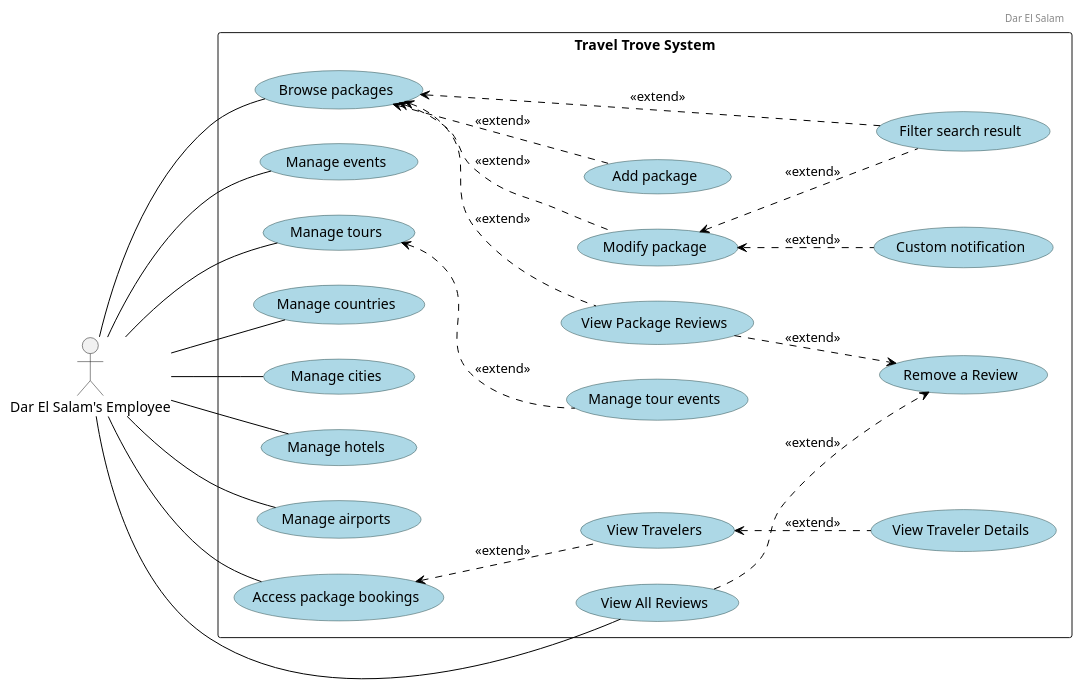
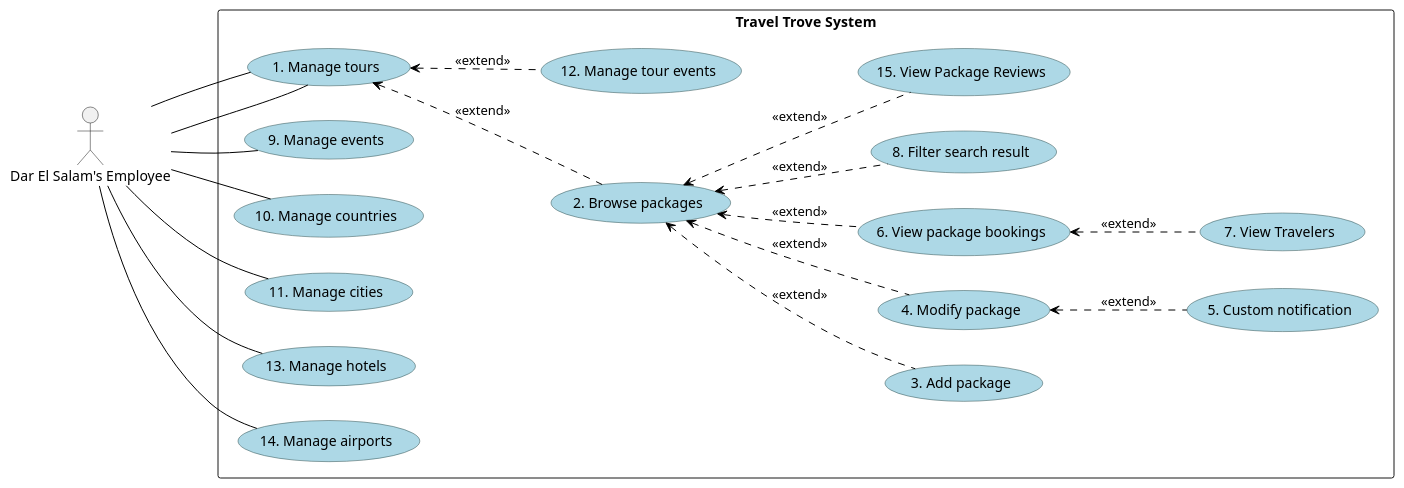
Before and after one commit to Hares-2088/TravelTrove: the diagram in diagrams/FinalVersionDocuments/UseCases/FullUseCases/Employee/FullUsecaseEmployee.puml, drawn with PlantUML. The commit also changed 2 other files, not shown here.

```diff
--- a/diagrams/FinalVersionDocuments/UseCases/FullUseCases/Employee/FullUsecaseEmployee.puml
+++ b/diagrams/FinalVersionDocuments/UseCases/FullUseCases/Employee/FullUsecaseEmployee.puml
@@ -1,71 +1,49 @@
 @startuml
 left to right direction
 
-' Add a header with left alignment
-header
-Dar El Salam
-endheader
-
-' Custom skin parameters for use cases
 skinparam usecase {
     BackgroundColor lightblue
     BorderColor DarkSlateGray
     ArrowColor Black
 }
 
 actor "Dar El Salam's Employee" as Employee
 
 rectangle "Travel Trove System" {
 
-    usecase "Browse packages"
-    usecase "Add package"
-    usecase "Modify package"
-    usecase "Filter search result"
-    usecase "Custom notification"
-    usecase "Manage events"
-    usecase "Manage tours"
-    usecase "Manage countries"
-    usecase "Manage cities"
-    usecase "Manage tour events"
-'    usecase "View Account"
-'    usecase "Edit Account"
-    usecase "Manage hotels"
-    usecase "Manage airports"
+    usecase "1. Manage tours"
+    usecase "2. Browse packages"
+    usecase "3. Add package"
+    usecase "4. Modify package"
+    usecase "5. Custom notification"
+    usecase "6. View package bookings"
+    usecase "7. View Travelers"
+    usecase "8. Filter search result"
+    usecase "9. Manage events"
+    usecase "10. Manage countries"
+    usecase "11. Manage cities"
+    usecase "12. Manage tour events"
+    usecase "13. Manage hotels"
+    usecase "14. Manage airports"
+    usecase "15. View Package Reviews"
+}
 
-    usecase "Access package bookings"
-'    usecase "Assign a Traveler to booking"
-'    usecase "Remove a Traveler from booking"
-    usecase "View Travelers"
-    usecase "View Traveler Details"
+Employee -- "1. Manage tours"
+Employee -- "9. Manage events"
+Employee -- "1. Manage tours"
+Employee -- "10. Manage countries"
+Employee -- "11. Manage cities"
+Employee -- "13. Manage hotels"
+Employee -- "14. Manage airports"
 
-    usecase "View Package Reviews"
-    usecase "View All Reviews"
-    usecase "Remove a Review"
-}
-Employee -- "Browse packages"
-Employee -- "Manage events"
-Employee -- "Manage tours"
-Employee -- "Manage countries"
-Employee -- "Manage cities"
-'Employee -- "View Account"
-Employee -- "Manage hotels"
-Employee -- "Manage airports"
-Employee -- "Access package bookings"
-Employee -- "View All Reviews"
-
-"Browse packages" <.. "Filter search result" : <<extend>>
-"Browse packages" <.. "Add package" : <<extend>>
-"Browse packages" <.. "Modify package" : <<extend>>
-"Browse packages" <.. "View Package Reviews" : <<extend>>
-"Modify package" <.. "Custom notification" : <<extend>>
-"Modify package" <.. "Filter search result" : <<extend>>
-"Manage tours" <.. "Manage tour events" : <<extend>>
-'"View Account" <.. "Edit Account" : <<extend>>
-'"Access package bookings" <.. "Assign a Traveler to booking" : <<extend>>
-'"Access package bookings" <.. "Remove a Traveler from booking" : <<extend>>
-"Access package bookings" <.. "View Travelers" : <<extend>>
-"View Travelers" <.. "View Traveler Details" : <<extend>>
-"View All Reviews" ..> "Remove a Review" : <<extend>>
-"View Package Reviews" ..> "Remove a Review" : <<extend>>
+"1. Manage tours" <.. "12. Manage tour events" : <<extend>>
+"1. Manage tours" <.. "2. Browse packages" : <<extend>>
+"2. Browse packages" <.. "8. Filter search result" : <<extend>>
+"2. Browse packages" <.. "3. Add package" : <<extend>>
+"2. Browse packages" <.. "4. Modify package" : <<extend>>
+"2. Browse packages" <.. "6. View package bookings" : <<extend>>
+"2. Browse packages" <.. "15. View Package Reviews" : <<extend>>
+"4. Modify package" <.. "5. Custom notification" : <<extend>>
+"6. View package bookings" <.. "7. View Travelers" : <<extend>>
 
 @enduml
```
